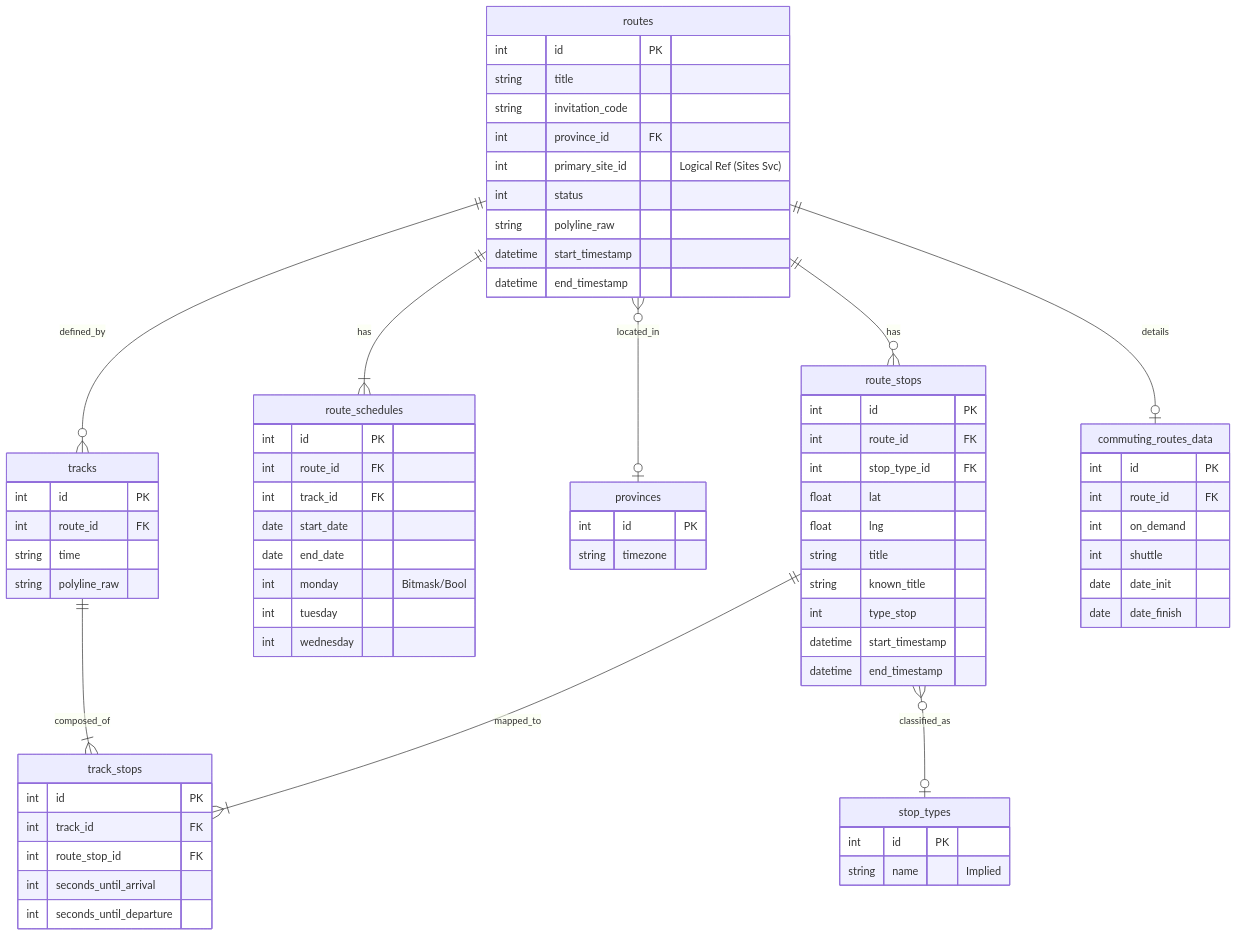
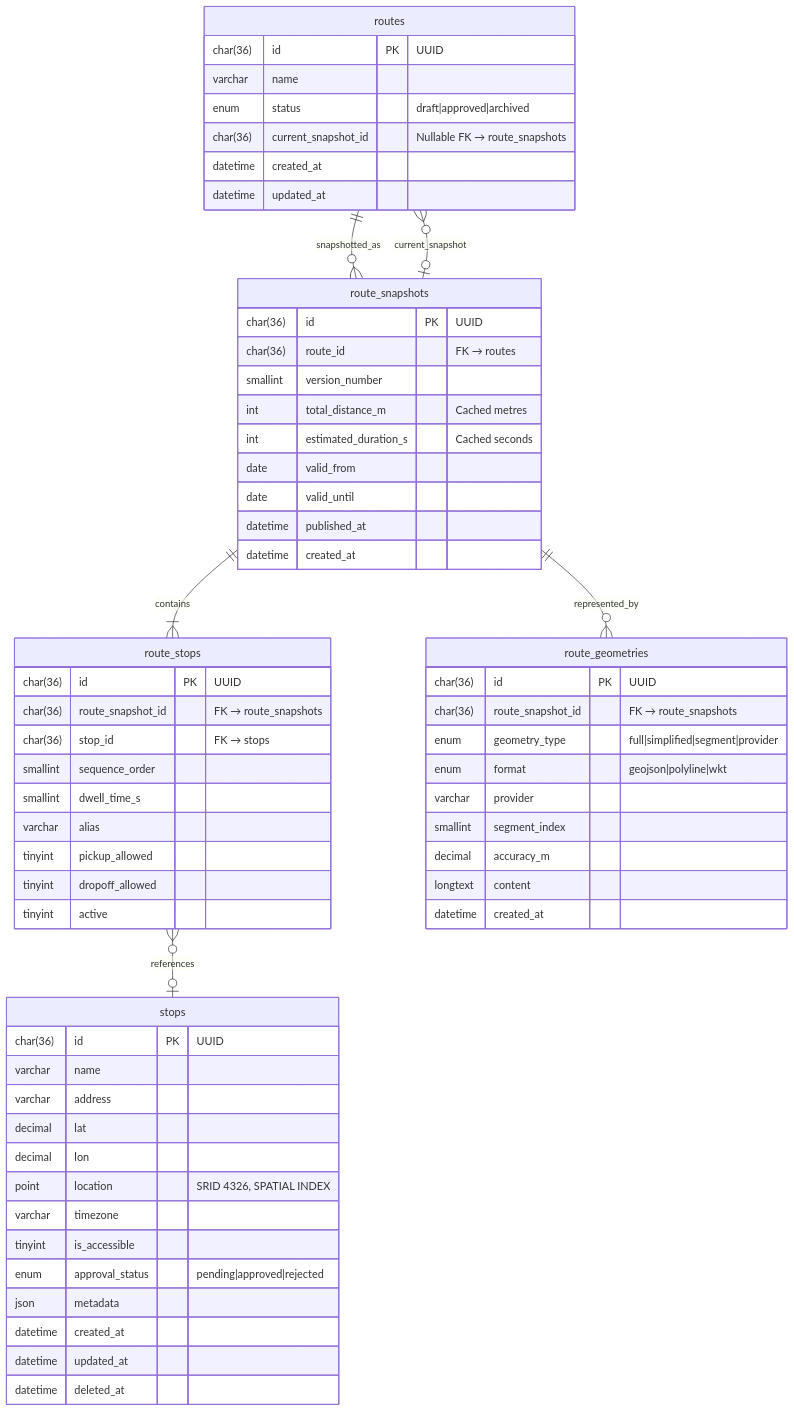
Before and after one commit to LIDR-academy/AI4Devs-finalproject: the first of 2 diagrams in docs/3_Modelo_de_Datos.md, drawn with Mermaid. The commit also changed other lines of this file and 5 other files, not shown here.

````diff
--- a/docs/3_Modelo_de_Datos.md
+++ b/docs/3_Modelo_de_Datos.md
@@ -17,81 +22,69 @@
 ```mermaid
 erDiagram
-    routes ||--o{ route_stops : "has"
-    routes ||--|{ route_schedules : "has"
-    routes }o--o| provinces : "located_in"
-    routes ||--o{ tracks : "defined_by"
-    tracks ||--|{ track_stops : "composed_of"
-    route_stops ||--|{ track_stops : "mapped_to"
-    route_stops }o--o| stop_types : "classified_as"
-    routes ||--o| commuting_routes_data : "details"
-    
+    routes ||--o{ route_snapshots    : "snapshotted_as"
+    routes }o--o| route_snapshots    : "current_snapshot"
+    route_snapshots ||--|{ route_stops      : "contains"
+    route_snapshots ||--o{ route_geometries : "represented_by"
+    route_stops     }o--o| stops            : "references"
+
+    stops {
+        char(36)    id               PK  "UUID"
+        varchar     name
+        varchar     address
+        decimal     lat
+        decimal     lon
+        point       location             "SRID 4326, SPATIAL INDEX"
+        varchar     timezone
+        tinyint     is_accessible
+        enum        approval_status      "pending|approved|rejected"
+        json        metadata
+        datetime    created_at
+        datetime    updated_at
+        datetime    deleted_at
+    }
+
     routes {
-        int id PK
-        string title
-        string invitation_code
-        int province_id FK
-        int primary_site_id "Logical Ref (Sites Svc)"
-        int status
-        string polyline_raw
-        datetime start_timestamp
-        datetime end_timestamp
+        char(36)    id                  PK  "UUID"
+        varchar     name
+        enum        status                  "draft|approved|archived"
+        char(36)    current_snapshot_id     "Nullable FK → route_snapshots"
+        datetime    created_at
+        datetime    updated_at
+    }
+
+    route_snapshots {
+        char(36)    id               PK  "UUID"
+        char(36)    route_id             "FK → routes"
+        smallint    version_number
+        int         total_distance_m     "Cached metres"
+        int         estimated_duration_s "Cached seconds"
+        date        valid_from
+        date        valid_until
+        datetime    published_at
+        datetime    created_at
     }
 
     route_stops {
-        int id PK
-        int route_id FK
-        int stop_type_id FK
-        float lat
-        float lng
-        string title
-        string known_title
-        int type_stop
-        datetime start_timestamp
-        datetime end_timestamp
+        char(36)    id                PK  "UUID"
+        char(36)    route_snapshot_id     "FK → route_snapshots"
+        char(36)    stop_id               "FK → stops"
+        smallint    sequence_order
+        smallint    dwell_time_s
+        varchar     alias
+        tinyint     pickup_allowed
+        tinyint     dropoff_allowed
+        tinyint     active
     }
 
-    route_schedules {
-        int id PK
-        int route_id FK
-        int track_id FK
-        date start_date
-        date end_date
-        int monday "Bitmask/Bool"
-        int tuesday
-        int wednesday
-    }
-
-    tracks {
-        int id PK
-        int route_id FK
-        string time
-        string polyline_raw
-    }
-
-    track_stops {
-        int id PK
-        int track_id FK
-        int route_stop_id FK
-        int seconds_until_arrival
-        int seconds_until_departure
-    }
-    
-    stop_types {
-        int id PK
-        string name "Implied"
-    }
-
-    provinces {
-        int id PK
-        string timezone
-    }
-
-    commuting_routes_data {
-        int id PK
-        int route_id FK
-        int on_demand
-        int shuttle
-        date date_init
-        date date_finish
+    route_geometries {
+        char(36)    id                PK  "UUID"
+        char(36)    route_snapshot_id     "FK → route_snapshots"
+        enum        geometry_type         "full|simplified|segment|provider"
+        enum        format                "geojson|polyline|wkt"
+        varchar     provider
+        smallint    segment_index
+        decimal     accuracy_m
+        longtext    content
+        datetime    created_at
     }
 ```
````
